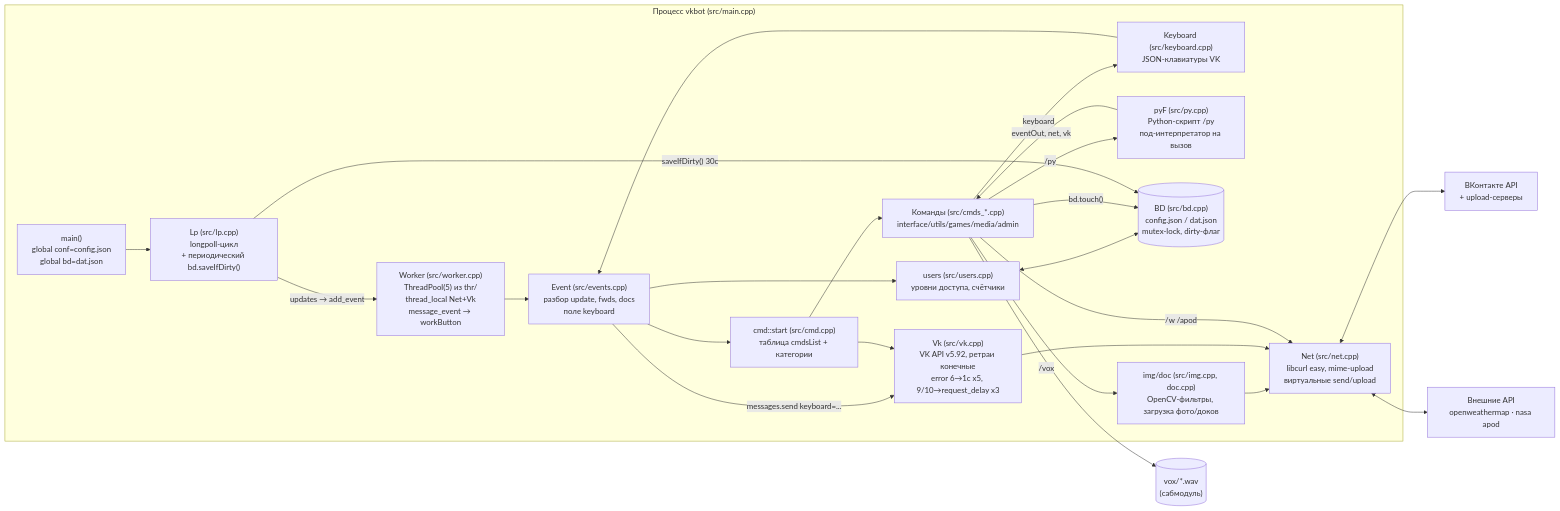
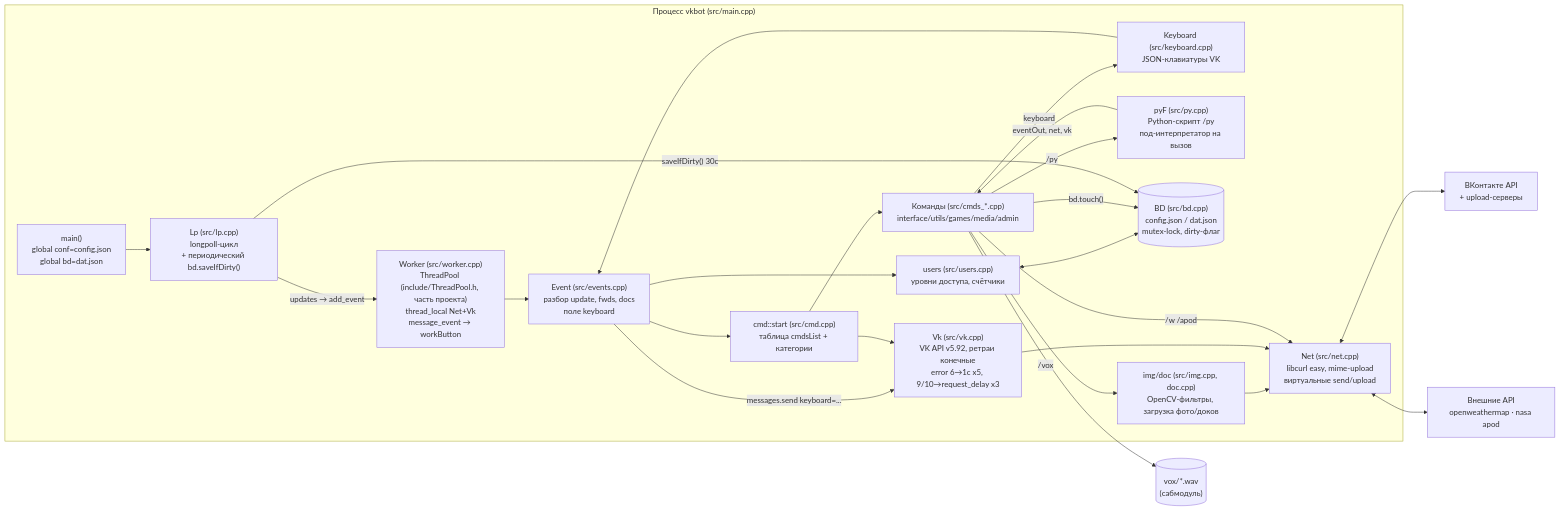
Before and after one commit to edombek/vk-cpp-bot: the diagram in docs/ARCHITECTURE.md, drawn with Mermaid. The commit also changed other lines of this file and 7 other files, not shown here.

````diff
--- a/docs/ARCHITECTURE.md
+++ b/docs/ARCHITECTURE.md
@@ -7,39 +7,39 @@
 ```mermaid
 flowchart LR
     subgraph bot ["Процесс vkbot (src/main.cpp)"]
         MAIN["main()<br/>global conf=config.json<br/>global bd=dat.json"]
         LP["Lp (src/lp.cpp)<br/>longpoll-цикл<br/>+ периодический bd.saveIfDirty()"]
-        W["Worker (src/worker.cpp)<br/>ThreadPool(5) из thr/<br/>thread_local Net+Vk<br/>message_event → workButton"]
+        W["Worker (src/worker.cpp)<br/>ThreadPool (include/ThreadPool.h, часть проекта)<br/>thread_local Net+Vk<br/>message_event → workButton"]
         EV["Event (src/events.cpp)<br/>разбор update, fwds, docs<br/>поле keyboard"]
         KBD["Keyboard (src/keyboard.cpp)<br/>JSON-клавиатуры VK"]
         CMD["cmd::start (src/cmd.cpp)<br/>таблица cmdsList + категории"]
         CMDS["Команды (src/cmds_*.cpp)<br/>interface/utils/games/media/admin"]
         PY["pyF (src/py.cpp)<br/>Python-скрипт /py<br/>под-интерпретатор на вызов"]
         USERS["users (src/users.cpp)<br/>уровни доступа, счётчики"]
         BD[("BD (src/bd.cpp)<br/>config.json / dat.json<br/>mutex-lock, dirty-флаг")]
         VK["Vk (src/vk.cpp)<br/>VK API v5.92, ретраи конечные<br/>error 6→1с x5, 9/10→request_delay x3"]
         NET["Net (src/net.cpp)<br/>libcurl easy, mime-upload<br/>виртуальные send/upload"]
         IMG["img/doc (src/img.cpp, doc.cpp)<br/>OpenCV-фильтры, загрузка фото/доков"]
     end
 
     VKS["ВКонтакте API<br/>+ upload-серверы"]
     EXT["Внешние API<br/>openweathermap · nasa apod"]
     VOX[("vox/*.wav<br/>(сабмодуль)")]
 
     MAIN --> LP
     LP -- "updates → add_event" --> W --> EV --> CMD --> CMDS
     CMDS -- "/py" --> PY
     CMDS -- "keyboard" --> KBD --> EV
     EV -- "messages.send keyboard=..." --> VK
     EV --> USERS
     USERS <--> BD
     CMDS -- "bd.touch()" --> BD
     LP -- "saveIfDirty() 30с" --> BD
     PY -- "eventOut, net, vk" --> CMDS
     CMDS --> IMG --> NET
     CMD --> VK --> NET
     CMDS -- "/w /apod" --> NET
     NET <--> VKS
     NET <--> EXT
     CMDS -- "/vox" --> VOX
 ```
````
